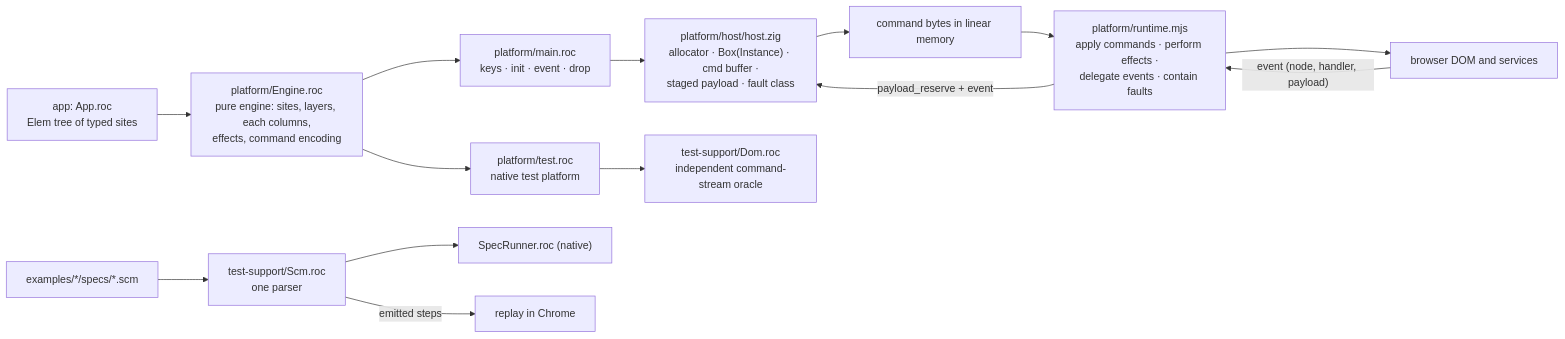
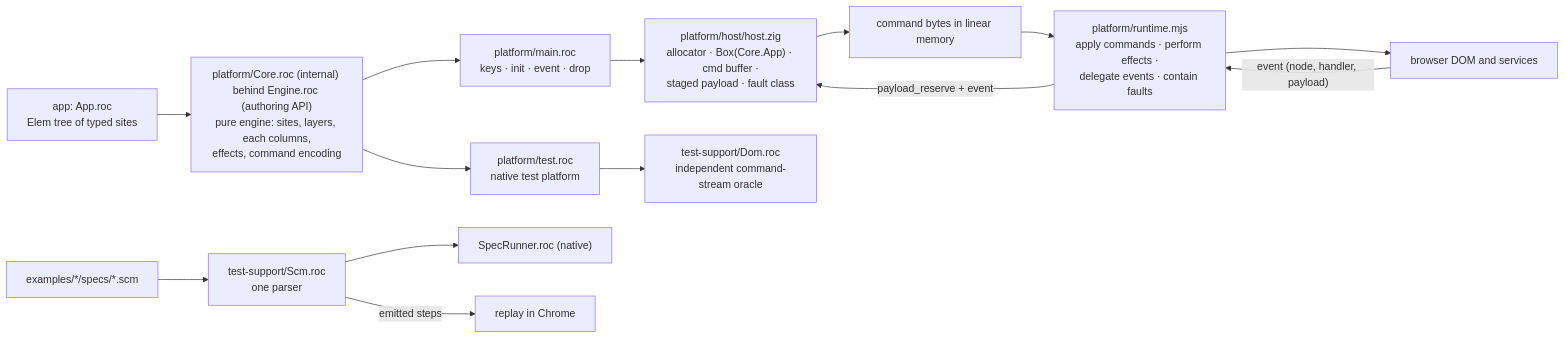
Before and after one commit to lukewilliamboswell/roc-signals: the diagram in design.md, drawn with Mermaid. The commit also changed other lines of this file and 61 other files, not shown here.

First line of the commit message:
Hide the engine's internals behind an opaque authoring API

````diff
--- a/design.md
+++ b/design.md
@@ -218,17 +218,17 @@
 ```mermaid
 flowchart LR
-    App["app: App.roc<br/>Elem tree of typed sites"] --> Engine["platform/Engine.roc<br/>pure engine: sites, layers, each columns,<br/>effects, command encoding"]
+    App["app: App.roc<br/>Elem tree of typed sites"] --> Engine["platform/Core.roc (internal) behind Engine.roc (authoring API)<br/>pure engine: sites, layers, each columns,<br/>effects, command encoding"]
     Engine --> Main["platform/main.roc<br/>keys · init · event · drop"]
-    Main --> Host["platform/host/host.zig<br/>allocator · Box(Instance) · cmd buffer ·<br/>staged payload · fault class"]
+    Main --> Host["platform/host/host.zig<br/>allocator · Box(Core.App) · cmd buffer ·<br/>staged payload · fault class"]
     Host --> Wire["command bytes in linear memory"]
     Wire --> JS["platform/runtime.mjs<br/>apply commands · perform effects ·<br/>delegate events · contain faults"]
     JS --> DOM["browser DOM and services"]
     DOM -->|"event (node, handler, payload)"| JS
     JS -->|"payload_reserve + event"| Host
 
     Engine --> Test["platform/test.roc<br/>native test platform"]
     Test --> Oracle["test-support/Dom.roc<br/>independent command-stream oracle"]
     Scm["examples/*/specs/*.scm"] --> Parser["test-support/Scm.roc<br/>one parser"]
     Parser --> Native["SpecRunner.roc (native)"]
     Parser -->|"emitted steps"| Browser["replay in Chrome"]
 ```
````
